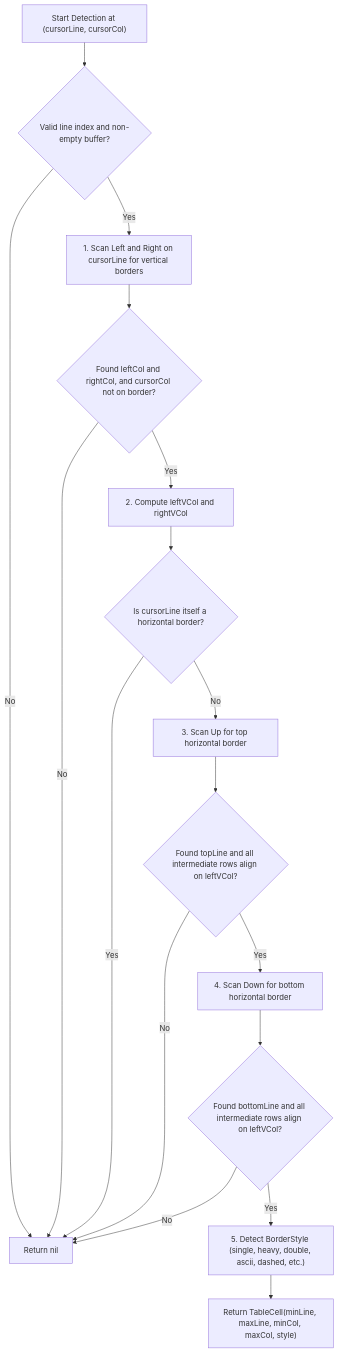
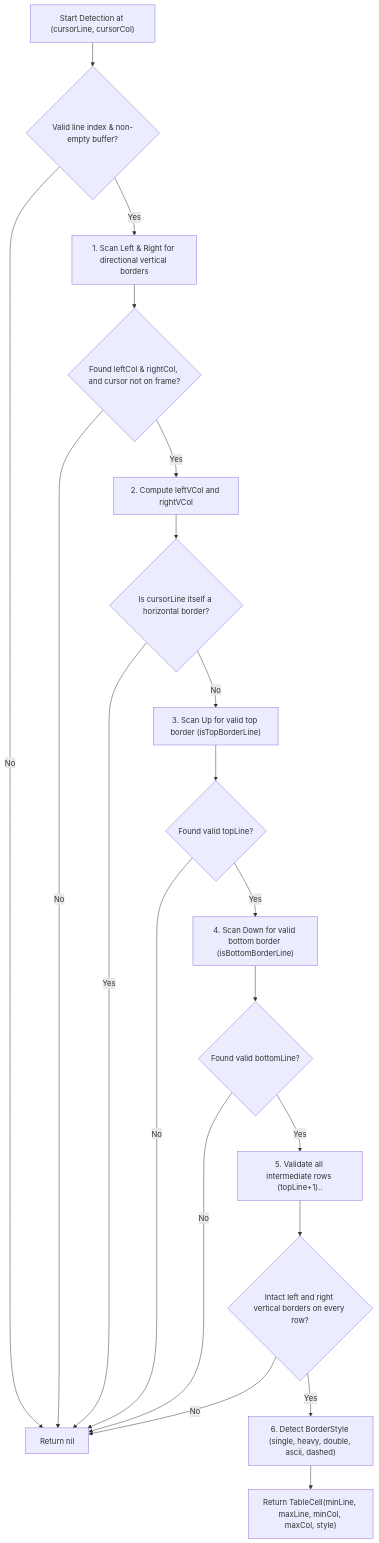
Before and after one commit to zonble/zago: the diagram in docs/architecture/table_detector.md, drawn with Mermaid. The commit also changed other lines of this file, not shown here.

Commit message:
Update table detector architecture documentation with directional topology and boundary invariants

````diff
--- a/docs/architecture/table_detector.md
+++ b/docs/architecture/table_detector.md
@@ -43,19 +62,22 @@
 ```mermaid
 flowchart TD
-    Start["Start Detection at (cursorLine, cursorCol)"] --> CheckValid{"Valid line index and non-empty buffer?"}
+    Start["Start Detection at (cursorLine, cursorCol)"] --> CheckValid{"Valid line index & non-empty buffer?"}
     CheckValid -- No --> ReturnNil["Return nil"]
-    CheckValid -- Yes --> ScanLR["1. Scan Left and Right on cursorLine for vertical borders"]
-    ScanLR --> CheckBorder{"Found leftCol and rightCol, and cursorCol not on border?"}
+    CheckValid -- Yes --> ScanLR["1. Scan Left & Right for directional vertical borders"]
+    ScanLR --> CheckBorder{"Found leftCol & rightCol, and cursor not on frame?"}
     CheckBorder -- No --> ReturnNil
     CheckBorder -- Yes --> CalcVCol["2. Compute leftVCol and rightVCol"]
     CalcVCol --> CheckCurrentH{"Is cursorLine itself a horizontal border?"}
     CheckCurrentH -- Yes --> ReturnNil
-    CheckCurrentH -- No --> ScanUp["3. Scan Up for top horizontal border"]
-    ScanUp --> CheckTop{"Found topLine and all intermediate rows align on leftVCol?"}
+    CheckCurrentH -- No --> ScanUp["3. Scan Up for valid top border (isTopBorderLine)"]
+    ScanUp --> CheckTop{"Found valid topLine?"}
     CheckTop -- No --> ReturnNil
-    CheckTop -- Yes --> ScanDown["4. Scan Down for bottom horizontal border"]
-    ScanDown --> CheckBottom{"Found bottomLine and all intermediate rows align on leftVCol?"}
+    CheckTop -- Yes --> ScanDown["4. Scan Down for valid bottom border (isBottomBorderLine)"]
+    ScanDown --> CheckBottom{"Found valid bottomLine?"}
     CheckBottom -- No --> ReturnNil
-    CheckBottom -- Yes --> DetectStyle["5. Detect BorderStyle (single, heavy, double, ascii, dashed, etc.)"]
+    CheckBottom -- Yes --> ValidateRows["5. Validate all intermediate rows (topLine+1)..<bottomLine"]
+    ValidateRows --> CheckRows{"Intact left and right vertical borders on every row?"}
+    CheckRows -- No --> ReturnNil
+    CheckRows -- Yes --> DetectStyle["6. Detect BorderStyle (single, heavy, double, ascii, dashed)"]
     DetectStyle --> ReturnCell["Return TableCell(minLine, maxLine, minCol, maxCol, style)"]
 ```
````
